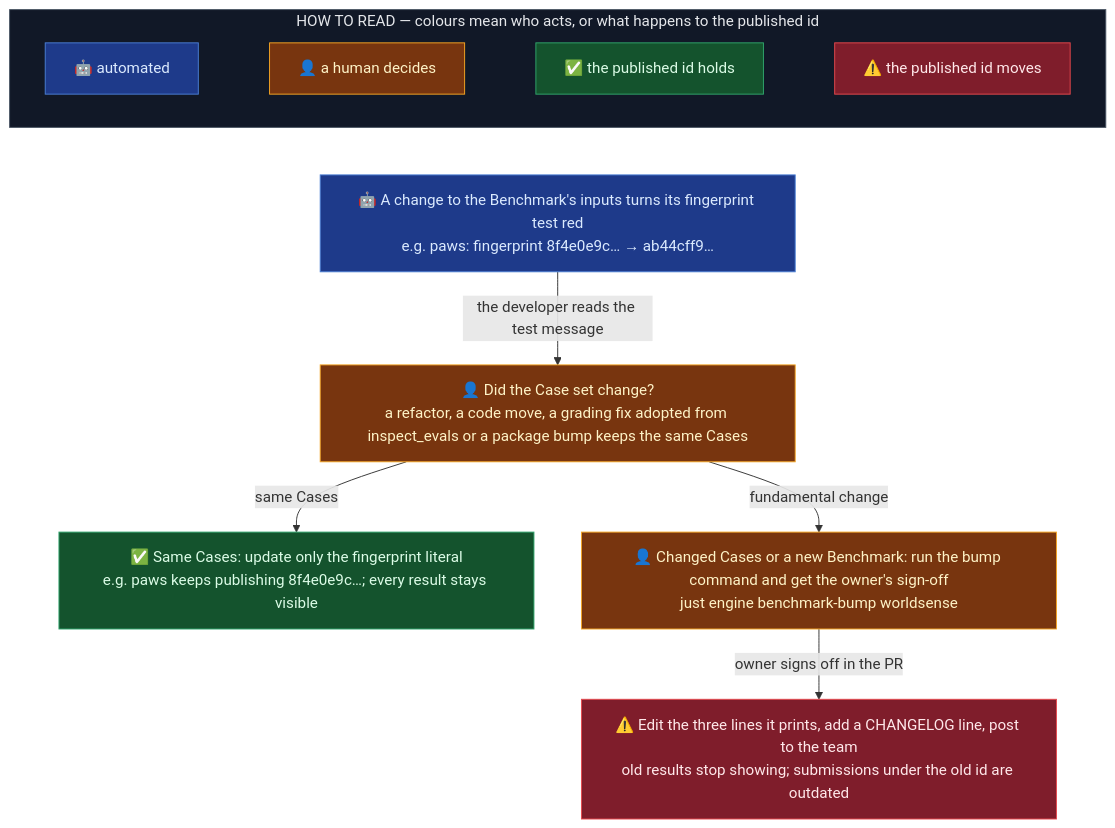
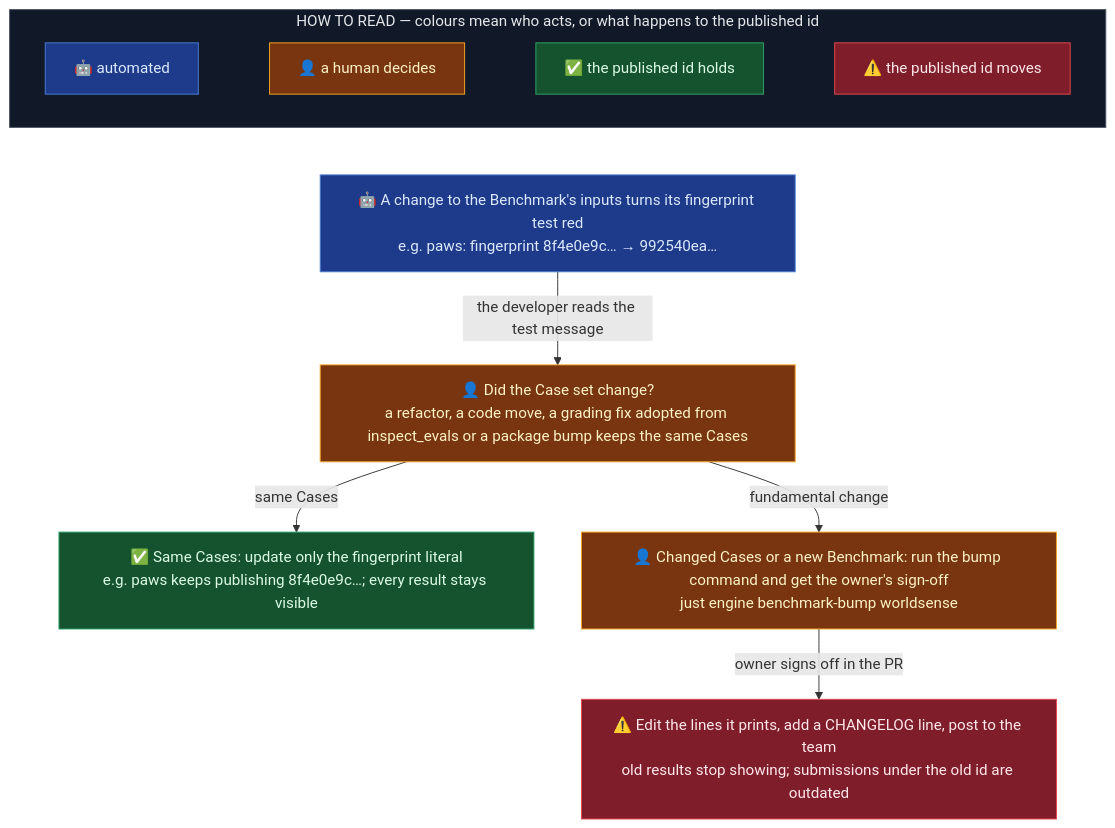
Before and after one commit to ScreamingFace/screamingface: the second of 2 diagrams in apps/screamingface-engine/docs/adding-an-imported-benchmark.md, drawn with Mermaid. The commit also changed other lines of this file and 6 other files, not shown here.

````diff
--- a/apps/screamingface-engine/docs/adding-an-imported-benchmark.md
+++ b/apps/screamingface-engine/docs/adding-an-imported-benchmark.md
@@ -351,31 +351,31 @@
 ```mermaid
 %%{init: {"flowchart": {"wrappingWidth": 440}}}%%
 flowchart TB
   subgraph KEY["HOW TO READ — colours mean who acts, or what happens to the published id"]
     direction LR
     k1["🤖 automated"]
     k2["👤 a human decides"]
     k3["✅ the published id holds"]
     k4["⚠️ the published id moves"]
     k1 ~~~ k2 ~~~ k3 ~~~ k4
   end
   KEY ~~~ s1
-  s1["🤖 A change to the Benchmark's inputs turns its fingerprint test red<br/>e.g. paws: fingerprint 8f4e0e9c… → ab44cff9…"]
+  s1["🤖 A change to the Benchmark's inputs turns its fingerprint test red<br/>e.g. paws: fingerprint 8f4e0e9c… → 992540ea…"]
   s2["👤 Did the Case set change?<br/>a refactor, a code move, a grading fix adopted from inspect_evals or a package bump keeps the same Cases"]
   s3["✅ Same Cases: update only the fingerprint literal<br/>e.g. paws keeps publishing 8f4e0e9c…; every result stays visible"]
   s4["👤 Changed Cases or a new Benchmark: run the bump command and get the owner's sign-off<br/>just engine benchmark-bump worldsense"]
-  s5["⚠️ Edit the three lines it prints, add a CHANGELOG line, post to the team<br/>old results stop showing; submissions under the old id are outdated"]
+  s5["⚠️ Edit the lines it prints, add a CHANGELOG line, post to the team<br/>old results stop showing; submissions under the old id are outdated"]
   s1 -- "the developer reads the test message" --> s2
   s2 -- "same Cases" --> s3
   s2 -- "fundamental change" --> s4
   s4 -- "owner signs off in the PR" --> s5
   classDef auto fill:#1e3a8a,stroke:#4a7fd4,color:#dbeafe
   classDef human fill:#78350f,stroke:#f5a524,color:#fef3c7
   classDef good fill:#14532d,stroke:#30a46c,color:#dcfce7
   classDef bad fill:#7f1d2b,stroke:#e5484d,color:#ffe8ea
   class k1,s1 auto
   class k2,s2,s4 human
   class k3,s3 good
   class k4,s5 bad
   style KEY fill:#111827,stroke:#4b5563,color:#e5e7eb
 ```
````
